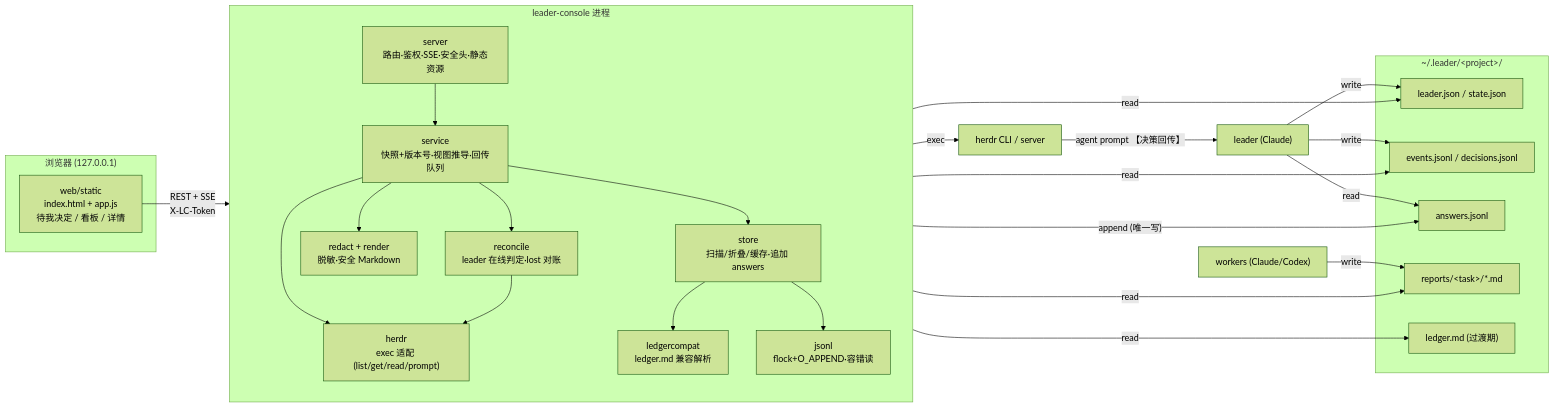
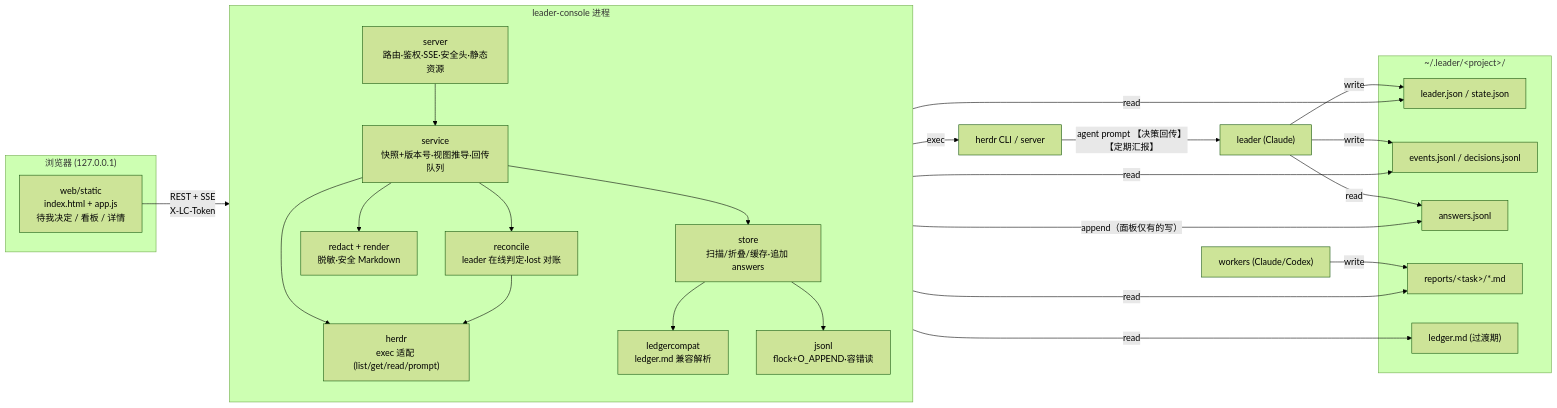
One commit to SeasonWoo/leader-console changed the first of 2 diagrams in docs/design.md. Above: the diagram before and after it, drawn with Mermaid (forest theme). The commit also changed other lines of this file and 25 other files, not shown here.

First line of the commit message:
feat: 面板定时投递【定期汇报】与 leader 切换 CLI 识别

````diff
--- a/docs/design.md
+++ b/docs/design.md
@@ -32,47 +32,47 @@
 ```mermaid
 flowchart LR
   subgraph Browser["浏览器 (127.0.0.1)"]
     UI["web/static<br/>index.html + app.js<br/>待我决定 / 看板 / 详情"]
   end
 
   subgraph LC["leader-console 进程"]
     direction TB
     SRV["server<br/>路由·鉴权·SSE·安全头·静态资源"]
     SVC["service<br/>快照+版本号·视图推导·回传队列"]
     REC["reconcile<br/>leader 在线判定·lost 对账"]
     RR["redact + render<br/>脱敏·安全 Markdown"]
     ST["store<br/>扫描/折叠/缓存·追加 answers"]
     LCP["ledgercompat<br/>ledger.md 兼容解析"]
     JL["jsonl<br/>flock+O_APPEND·容错读"]
     HC["herdr<br/>exec 适配 (list/get/read/prompt)"]
     SRV --> SVC
     SVC --> REC
     SVC --> RR
     SVC --> ST
     SVC --> HC
     REC --> HC
     ST --> LCP
     ST --> JL
   end
 
   subgraph Disk["~/.leader/&lt;project&gt;/"]
     F1["leader.json / state.json"]
     F2["events.jsonl / decisions.jsonl"]
     F3["answers.jsonl"]
     F4["reports/&lt;task&gt;/*.md"]
     F5["ledger.md (过渡期)"]
   end
 
   HERDR["herdr CLI / server"]
   LEADER["leader (Claude)"]
   WORKER["workers (Claude/Codex)"]
 
   UI -- "REST + SSE<br/>X-LC-Token" --> SRV
   ST -- read --> F1 & F2 & F4 & F5
-  ST -- "append (唯一写)" --> F3
+  ST -- "append（面板仅有的写）" --> F3
   HC -- exec --> HERDR
-  HERDR -- "agent prompt 【决策回传】" --> LEADER
+  HERDR -- "agent prompt 【决策回传】【定期汇报】" --> LEADER
   LEADER -- write --> F1 & F2
   LEADER -- read --> F3
   WORKER -- write --> F4
 ```
````
